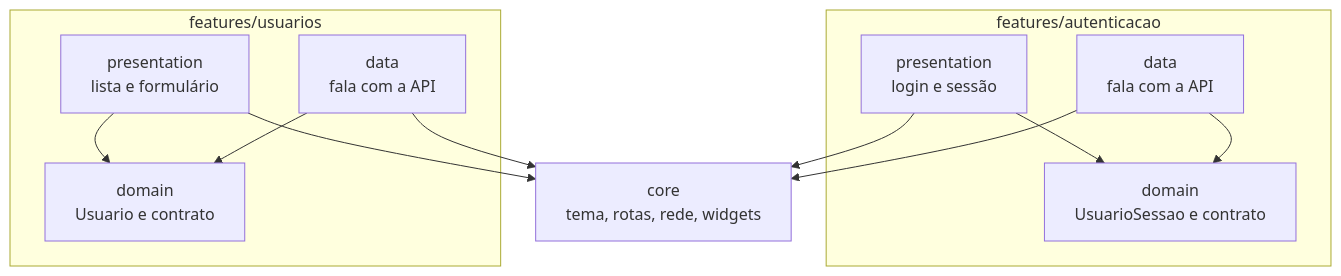
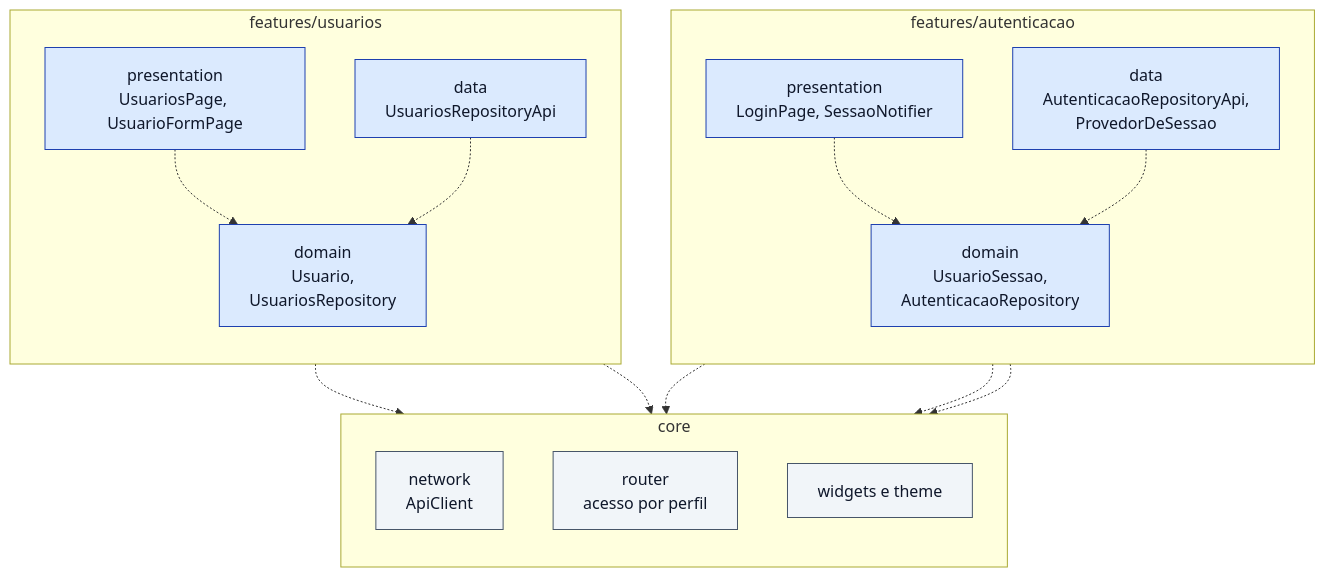
The diagram in OficinaFacilSecondBrain/diagramas/S2/Pacotes.md (eltobsjr/oficina-facil), drawn with Mermaid before and after one commit. The commit also changed other lines of this file and 54 other files, not shown here.

First line of the commit message:
Reformula a apresentação ao professor e os diagramas de sequência

````diff
--- a/OficinaFacilSecondBrain/diagramas/S2/Pacotes.md
+++ b/OficinaFacilSecondBrain/diagramas/S2/Pacotes.md
@@ -9,23 +11,38 @@
 ```mermaid
-flowchart TB
-  subgraph autenticacao[features/autenticacao]
-    a1[presentation<br/>login e sessão]
-    a2[domain<br/>UsuarioSessao e contrato]
-    a3[data<br/>fala com a API]
+flowchart TD
+  subgraph AUT["features/autenticacao"]
+    direction TB
+    AP["presentation<br/>LoginPage, SessaoNotifier"]
+    AD["domain<br/>UsuarioSessao,<br/>AutenticacaoRepository"]
+    AT["data<br/>AutenticacaoRepositoryApi,<br/>ProvedorDeSessao"]
   end
-  subgraph usuarios[features/usuarios]
-    u1[presentation<br/>lista e formulário]
-    u2[domain<br/>Usuario e contrato]
-    u3[data<br/>fala com a API]
+
+  subgraph USU["features/usuarios"]
+    direction TB
+    UP["presentation<br/>UsuariosPage, UsuarioFormPage"]
+    UD["domain<br/>Usuario,<br/>UsuariosRepository"]
+    UT["data<br/>UsuariosRepositoryApi"]
   end
-  core[core<br/>tema, rotas, rede, widgets]
 
-  a1 --> a2
-  a3 --> a2
-  u1 --> u2
-  u3 --> u2
-  a1 --> core
-  u1 --> core
-  a3 --> core
-  u3 --> core
+  subgraph CORE["core"]
+    direction TB
+    NET["network<br/>ApiClient"]
+    ROT["router<br/>acesso por perfil"]
+    WID["widgets e theme"]
+  end
+
+  AP -.-> AD
+  AT -.-> AD
+  UP -.-> UD
+  UT -.-> UD
+  AT -.-> NET
+  UT -.-> NET
+  AP -.-> ROT
+  AP -.-> WID
+  UP -.-> WID
+
+  classDef feat fill:#DBEAFE,stroke:#1E40AF,color:#0F172A
+  classDef core fill:#F1F5F9,stroke:#475569,color:#0F172A
+  class AP,AD,AT,UP,UD,UT feat
+  class NET,ROT,WID core
 ```
````
